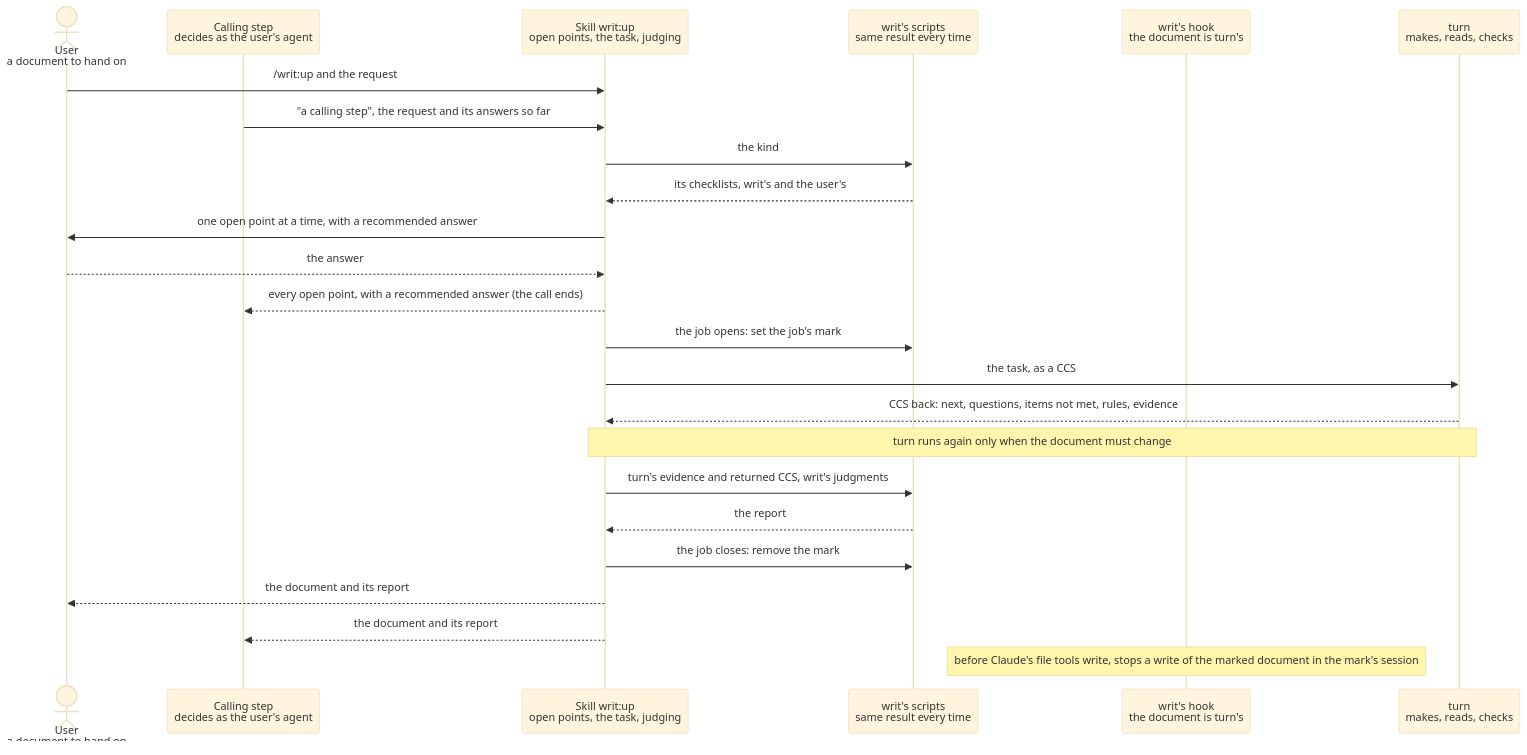
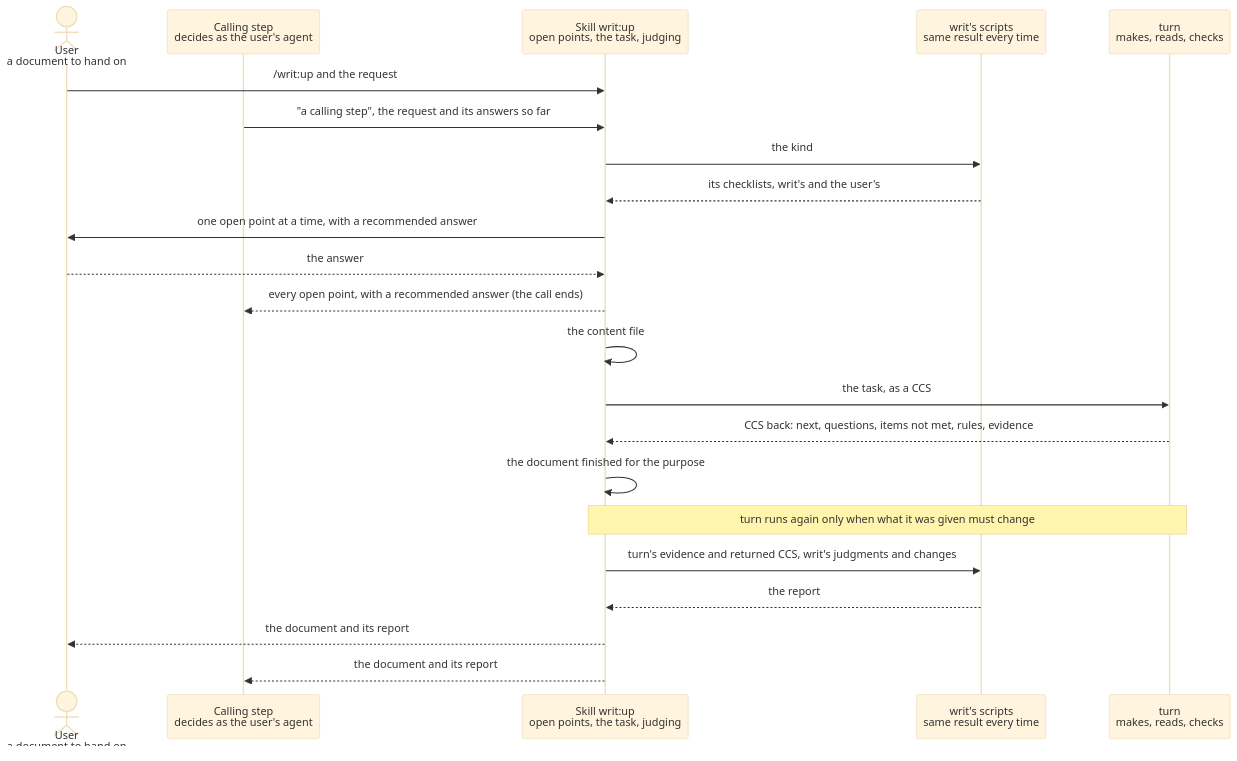
Before and after one commit to lovaizu/ccpm: the diagram in dev/writ/design.md, drawn with Mermaid (base theme). The commit also changed other lines of this file, not shown here.

First line of the commit message:
writ design: the content file, and turn's result finished by writ, turn run again only on changed inputs

````diff
--- a/dev/writ/design.md
+++ b/dev/writ/design.md
@@ -288,26 +293,24 @@
 ```mermaid
 sequenceDiagram
   actor U as User<br/>a document to hand on
   participant P as Calling step<br/>decides as the user's agent
   participant W as Skill writ:up<br/>open points, the task, judging
   participant S as writ's scripts<br/>same result every time
-  participant H as writ's hook<br/>the document is turn's
   participant T as turn<br/>makes, reads, checks
   U->>W: /writ:up and the request
   P->>W: "a calling step", the request and its answers so far
   W->>S: the kind
   S-->>W: its checklists, writ's and the user's
   W->>U: one open point at a time, with a recommended answer
   U-->>W: the answer
   W-->>P: every open point, with a recommended answer (the call ends)
-  W->>S: the job opens: set the job's mark
+  W->>W: the content file
   W->>T: the task, as a CCS
   T-->>W: CCS back: next, questions, items not met, rules, evidence
-  Note over W,T: turn runs again only when the document must change
-  W->>S: turn's evidence and returned CCS, writ's judgments
+  W->>W: the document finished for the purpose
+  Note over W,T: turn runs again only when what it was given must change
+  W->>S: turn's evidence and returned CCS, writ's judgments and changes
   S-->>W: the report
-  W->>S: the job closes: remove the mark
   W-->>U: the document and its report
   W-->>P: the document and its report
-  Note over H: before Claude's file tools write, stops a write of the marked document in the mark's session
 ```
````
